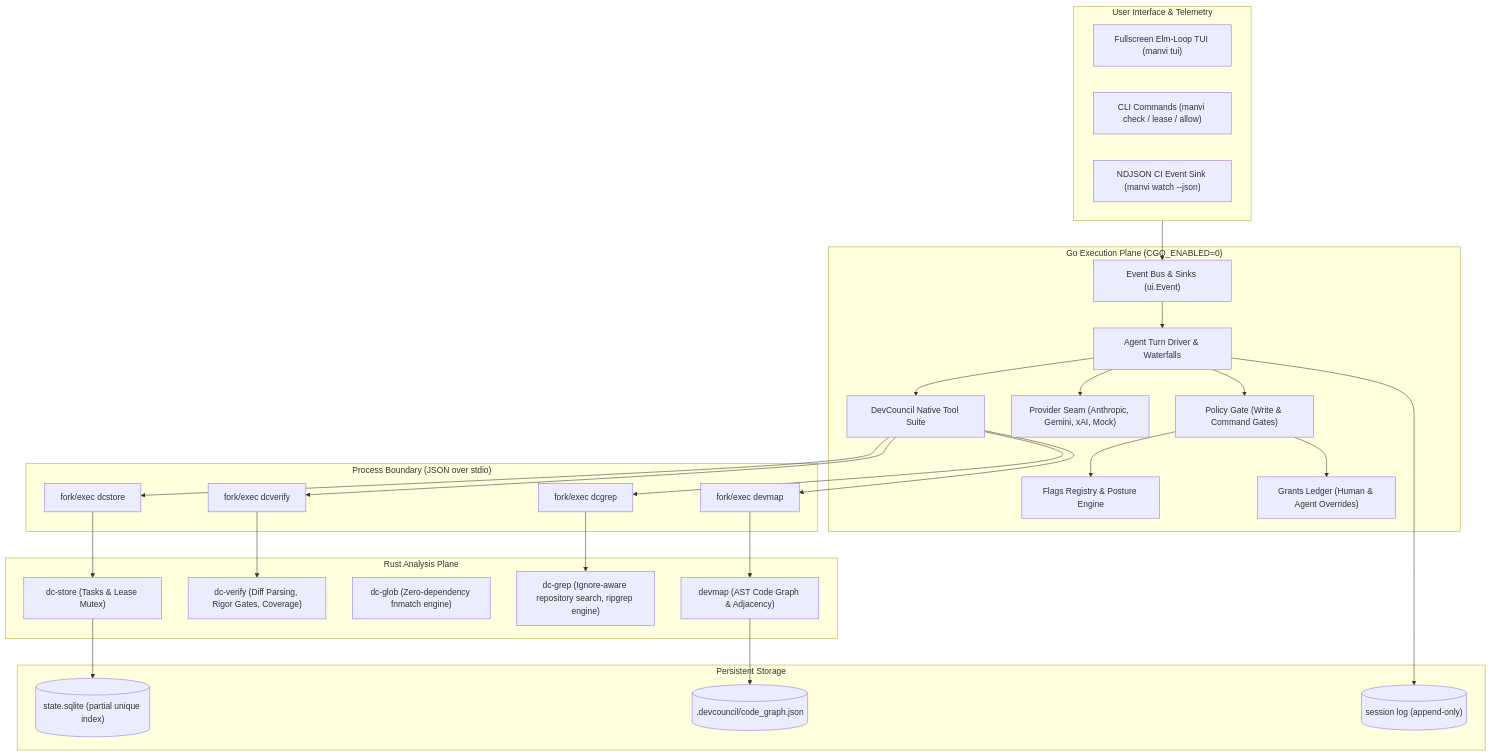
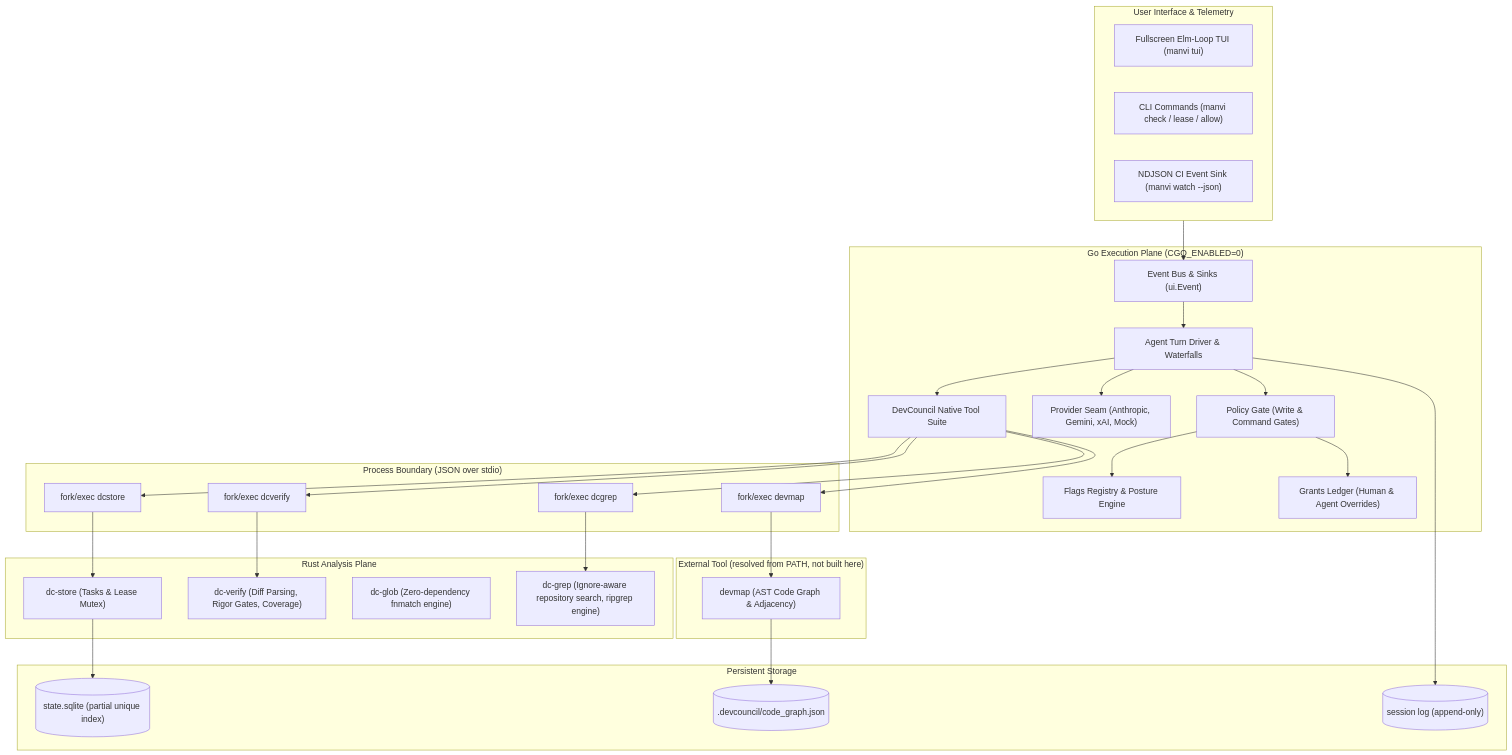
The first of 5 diagrams in docs/ARCHITECTURE.md (bharathvbcr/Manvi), drawn with Mermaid before and after one commit. The commit also changed other lines of this file and 15 other files, not shown here.

````diff
--- a/docs/ARCHITECTURE.md
+++ b/docs/ARCHITECTURE.md
@@ -11,55 +11,58 @@
 ```mermaid
 flowchart TB
     subgraph UserInterface["User Interface & Telemetry"]
         TUI["Fullscreen Elm-Loop TUI (manvi tui)"]
         CLI["CLI Commands (manvi check / lease / allow)"]
         Stream["NDJSON CI Event Sink (manvi watch --json)"]
     end
 
     subgraph GoPlane["Go Execution Plane (CGO_ENABLED=0)"]
         Bus["Event Bus & Sinks (ui.Event)"]
         AgentLoop["Agent Turn Driver & Waterfalls"]
         Registry["Flags Registry & Posture Engine"]
         Gate["Policy Gate (Write & Command Gates)"]
         Grants["Grants Ledger (Human & Agent Overrides)"]
         Providers["Provider Seam (Anthropic, Gemini, xAI, Mock)"]
         Tools["DevCouncil Native Tool Suite"]
     end
 
     subgraph ProcessBoundary["Process Boundary (JSON over stdio)"]
         IPC1["fork/exec dcstore"]
         IPC2["fork/exec dcverify"]
         IPC3["fork/exec devmap"]
         IPC4["fork/exec dcgrep"]
     end
 
     subgraph RustPlane["Rust Analysis Plane"]
         DCStore["dc-store (Tasks & Lease Mutex)"]
         DCVerify["dc-verify (Diff Parsing, Rigor Gates, Coverage)"]
         DCGlob["dc-glob (Zero-dependency fnmatch engine)"]
         DCGrep["dc-grep (Ignore-aware repository search, ripgrep engine)"]
+    end
+
+    subgraph External["External Tool (resolved from PATH, not built here)"]
         DevMap["devmap (AST Code Graph & Adjacency)"]
     end
 
     subgraph Storage["Persistent Storage"]
         SQLite[("state.sqlite (partial unique index)")]
         CodeGraph[(".devcouncil/code_graph.json")]
         SessionLog[("session log (append-only)")]
     end
 
     UserInterface --> Bus
     Bus --> AgentLoop
     AgentLoop --> Gate
     Gate --> Grants
     Gate --> Registry
     AgentLoop --> Providers
     AgentLoop --> Tools
     Tools --> IPC1 & IPC2 & IPC3 & IPC4
     IPC1 --> DCStore
     IPC2 --> DCVerify
     IPC3 --> DevMap
     IPC4 --> DCGrep
     DCStore --> SQLite
     DevMap --> CodeGraph
     AgentLoop --> SessionLog
 ```
````
